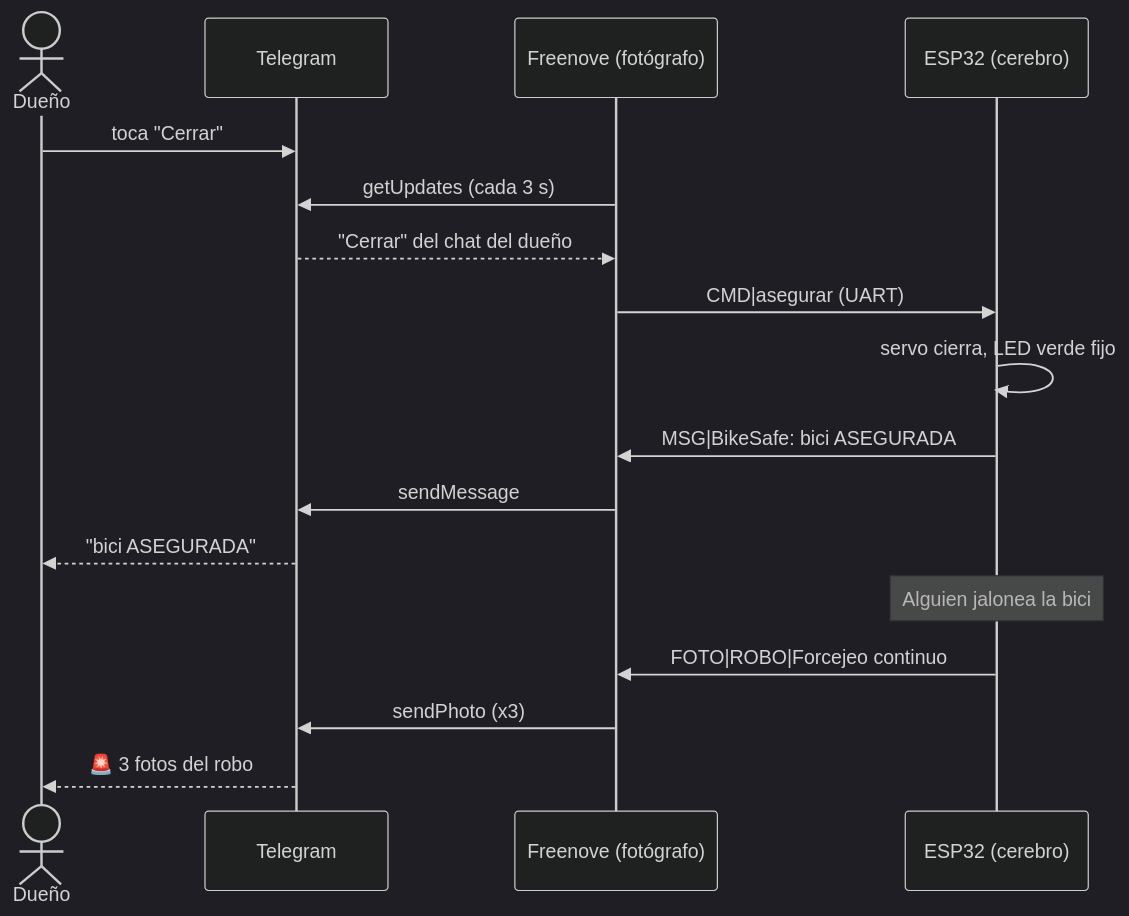
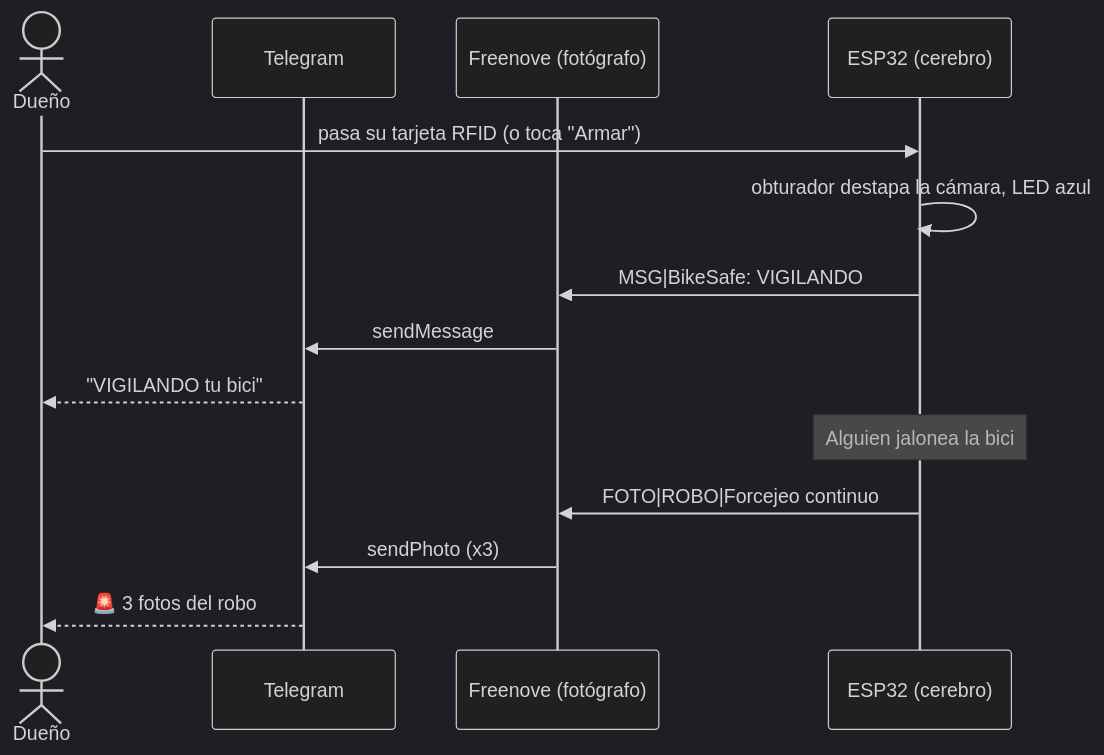
Before and after one commit to Sand027/SistemasProgramables: the diagram in semestres/ago-dic-2026/equipo-13-bikesafe/interfaz/bot-telegram.md, drawn with Mermaid (dark theme). The commit also changed other lines of this file and 62 other files, not shown here.

First line of the commit message:
BikeSafe: sistema de vigilancia y alarma (cambios de la revisión del 27/nov)

````diff
--- a/semestres/ago-dic-2026/equipo-13-bikesafe/interfaz/bot-telegram.md
+++ b/semestres/ago-dic-2026/equipo-13-bikesafe/interfaz/bot-telegram.md
@@ -38,19 +42,16 @@
 ```mermaid
 sequenceDiagram
     actor Dueño
     participant TG as Telegram
     participant CAM as Freenove (fotógrafo)
     participant ESP as ESP32 (cerebro)
-    Dueño->>TG: toca "Cerrar"
-    CAM->>TG: getUpdates (cada 3 s)
-    TG-->>CAM: "Cerrar" del chat del dueño
-    CAM->>ESP: CMD|asegurar (UART)
-    ESP->>ESP: servo cierra, LED verde fijo
-    ESP->>CAM: MSG|BikeSafe: bici ASEGURADA
+    Dueño->>ESP: pasa su tarjeta RFID (o toca "Armar")
+    ESP->>ESP: obturador destapa la cámara, LED azul
+    ESP->>CAM: MSG|BikeSafe: VIGILANDO
     CAM->>TG: sendMessage
-    TG-->>Dueño: "bici ASEGURADA"
+    TG-->>Dueño: "VIGILANDO tu bici"
     Note over ESP: Alguien jalonea la bici
     ESP->>CAM: FOTO|ROBO|Forcejeo continuo
     CAM->>TG: sendPhoto (x3)
     TG-->>Dueño: 🚨 3 fotos del robo
 ```
````
